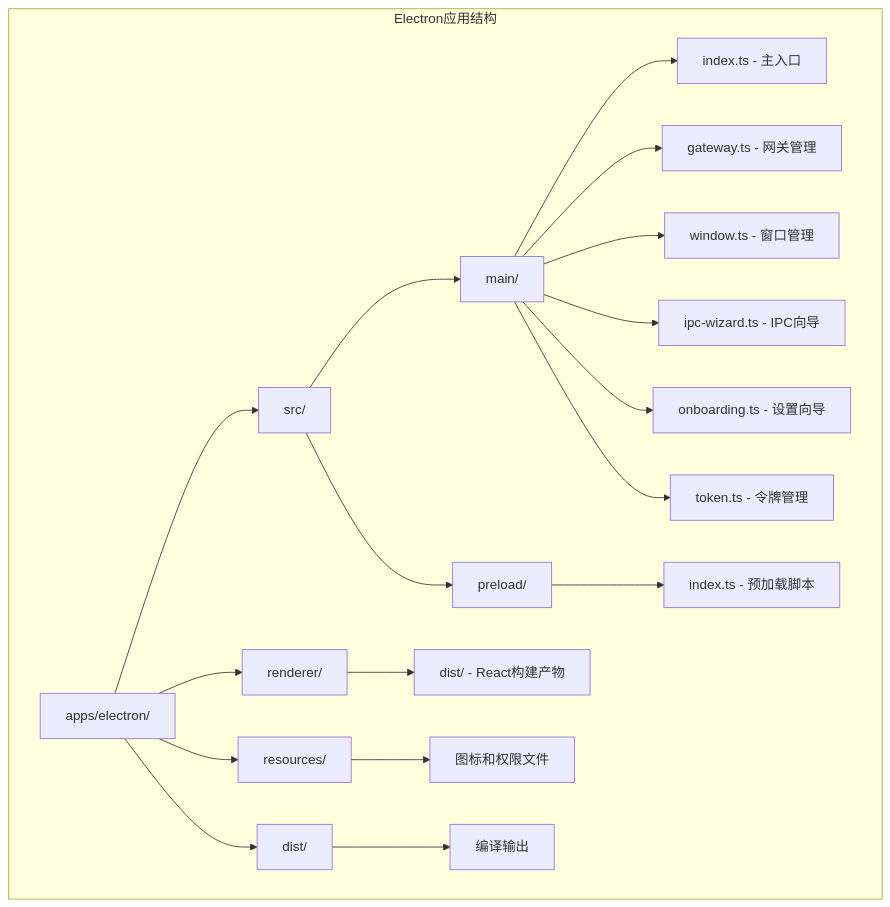
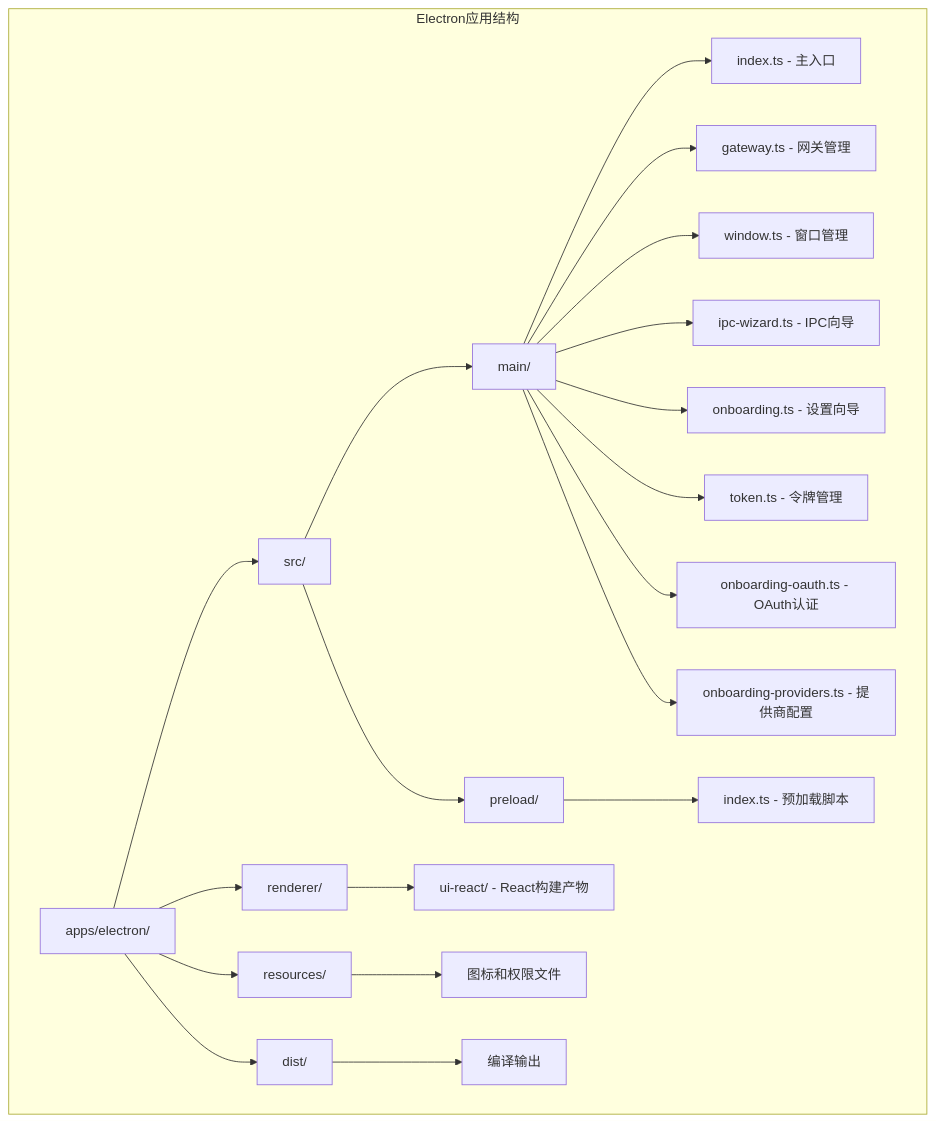
Before and after one commit to verse-ai-org/openclaw: the first of 10 diagrams in .qoder/repowiki/zh/content/核心概念/Electron应用增强.md, drawn with Mermaid. The commit also changed other lines of this file and 32 other files, not shown here.

````diff
--- a/.qoder/repowiki/zh/content/核心概念/Electron应用增强.md
+++ b/.qoder/repowiki/zh/content/核心概念/Electron应用增强.md
@@ -44,21 +64,23 @@
 ```mermaid
 graph TB
 subgraph "Electron应用结构"
 A[apps/electron/] --> B[src/]
 A --> C[renderer/]
 A --> D[resources/]
 A --> E[dist/]
 B --> F[main/]
 B --> G[preload/]
 F --> H[index.ts - 主入口]
 F --> I[gateway.ts - 网关管理]
 F --> J[window.ts - 窗口管理]
 F --> K[ipc-wizard.ts - IPC向导]
 F --> L[onboarding.ts - 设置向导]
 F --> M[token.ts - 令牌管理]
-G --> N[index.ts - 预加载脚本]
-C --> O[dist/ - React构建产物]
-D --> P[图标和权限文件]
-E --> Q[编译输出]
+F --> N[onboarding-oauth.ts - OAuth认证]
+F --> O[onboarding-providers.ts - 提供商配置]
+G --> P[index.ts - 预加载脚本]
+C --> Q[ui-react/ - React构建产物]
+D --> R[图标和权限文件]
+E --> S[编译输出]
 end
 ```
````
